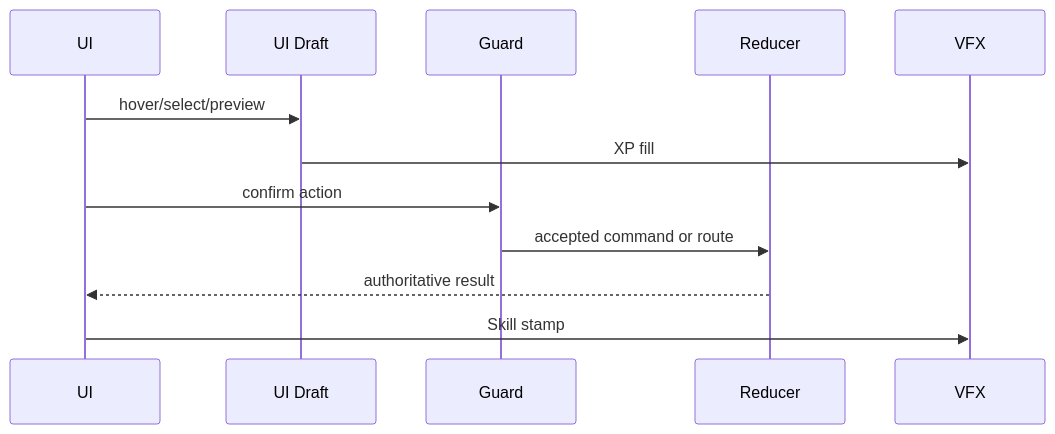
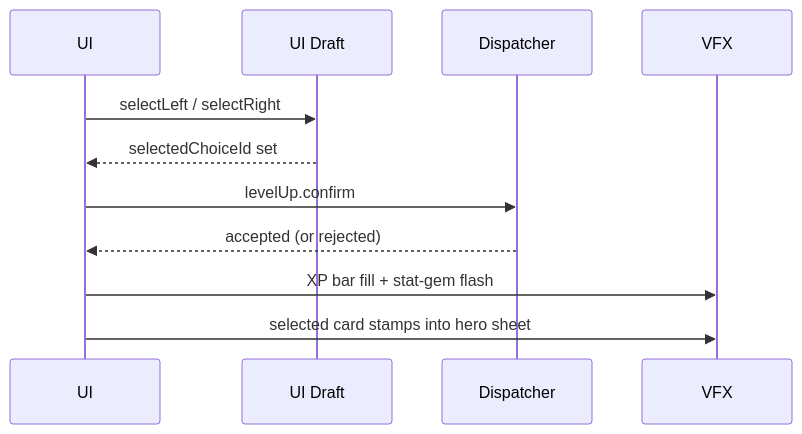
The fourth of 5 diagrams in docs/architecture/wiki/screens/48-level-up-dialog/architecture.md (SunaNoOshiro/Heroes_Reforged_AI_Realms), drawn with Mermaid before and after one commit. The commit also changed other lines of this file and 518 other files, not shown here.

First line of the commit message:
Add doc-audit skill and sweep architecture/screen docs

````diff
--- a/docs/architecture/wiki/screens/48-level-up-dialog/architecture.md
+++ b/docs/architecture/wiki/screens/48-level-up-dialog/architecture.md
@@ -52,14 +64,13 @@
 ```mermaid
 sequenceDiagram
   participant UI
   participant Draft as UI Draft
-  participant Guard
-  participant Reducer
+  participant Dispatcher
   participant VFX
-  UI->>Draft: hover/select/preview
-  Draft->>VFX: XP fill
-  UI->>Guard: confirm action
-  Guard->>Reducer: accepted command or route
-  Reducer-->>UI: authoritative result
-  UI->>VFX: Skill stamp
+  UI->>Draft: selectLeft / selectRight
+  Draft-->>UI: selectedChoiceId set
+  UI->>Dispatcher: levelUp.confirm
+  Dispatcher-->>UI: accepted (or rejected)
+  UI->>VFX: XP bar fill + stat-gem flash
+  UI->>VFX: selected card stamps into hero sheet
 ```
````
